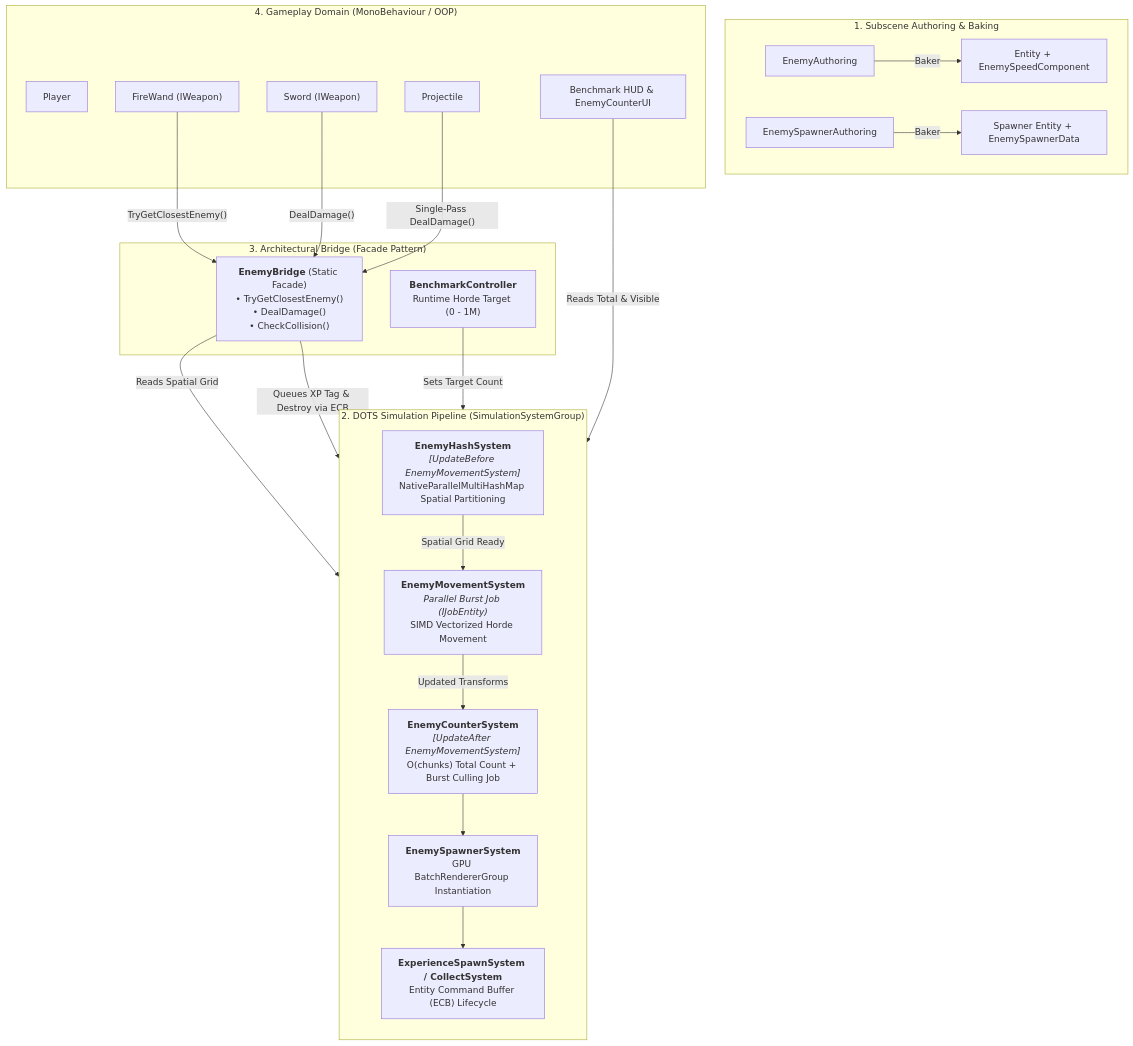
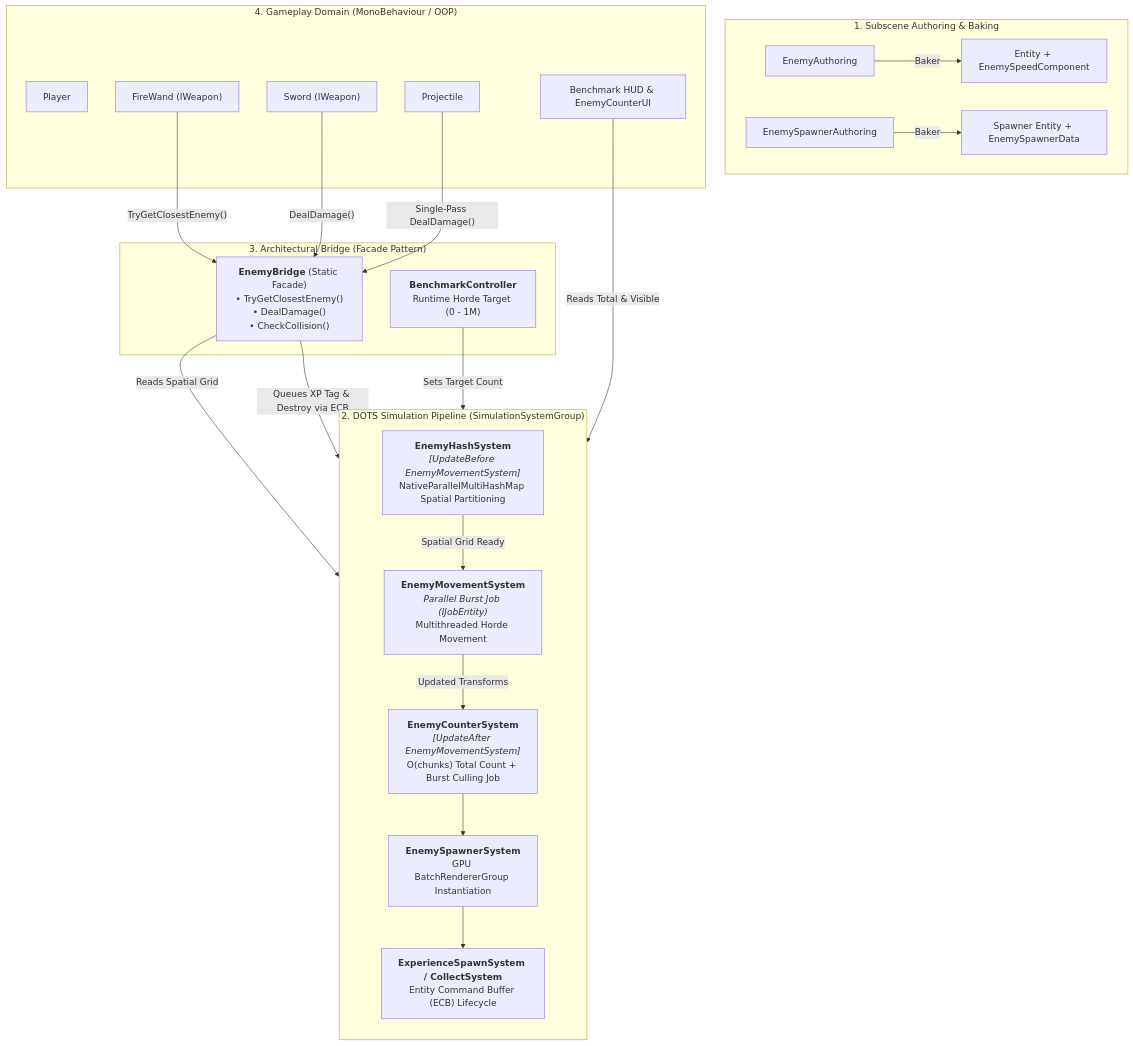
One commit to ms292435/Roguelike_Game changed the second of 2 diagrams in README.md. Above: the diagram before and after it, drawn with Mermaid. The commit also changed other lines of this file and 1 other file, not shown here.

````diff
--- a/README.md
+++ b/README.md
@@ -177,43 +176,43 @@
 ```mermaid
 flowchart TD
     subgraph AuthoringLayer ["1. Subscene Authoring & Baking"]
         EA["EnemyAuthoring"] -->|Baker| EC["Entity + EnemySpeedComponent"]
         ESA["EnemySpawnerAuthoring"] -->|Baker| ED["Spawner Entity + EnemySpawnerData"]
     end
 
     subgraph SimulationPipeline ["2. DOTS Simulation Pipeline (SimulationSystemGroup)"]
         direction TB
         EHS["<b>EnemyHashSystem</b><br/><i>[UpdateBefore EnemyMovementSystem]</i><br/>NativeParallelMultiHashMap Spatial Partitioning"]
-        EMS["<b>EnemyMovementSystem</b><br/><i>Parallel Burst Job (IJobEntity)</i><br/>SIMD Vectorized Horde Movement"]
+        EMS["<b>EnemyMovementSystem</b><br/><i>Parallel Burst Job (IJobEntity)</i><br/>Multithreaded Horde Movement"]
         ECS["<b>EnemyCounterSystem</b><br/><i>[UpdateAfter EnemyMovementSystem]</i><br/>O(chunks) Total Count + Burst Culling Job"]
         ESS["<b>EnemySpawnerSystem</b><br/>GPU BatchRendererGroup Instantiation"]
         EXS["<b>ExperienceSpawnSystem / CollectSystem</b><br/>Entity Command Buffer (ECB) Lifecycle"]
 
         EHS -->|Spatial Grid Ready| EMS
         EMS -->|Updated Transforms| ECS
         ECS --> ESS
         ESS --> EXS
     end
 
     subgraph HybridFacade ["3. Architectural Bridge (Facade Pattern)"]
         EB["<b>EnemyBridge</b> (Static Facade)<br/>• TryGetClosestEnemy()<br/>• DealDamage()<br/>• CheckCollision()"]
         BC["<b>BenchmarkController</b><br/>Runtime Horde Target (0 - 1M)"]
     end
 
     subgraph GameplayLayer ["4. Gameplay Domain (MonoBehaviour / OOP)"]
         PL["Player"]
         FW["FireWand (IWeapon)"]
         SW["Sword (IWeapon)"]
         PR["Projectile"]
         UI["Benchmark HUD & EnemyCounterUI"]
     end
 
     BC -->|"Sets Target Count"| ESS
     UI -->|"Reads Total & Visible"| ECS
     FW -->|"TryGetClosestEnemy()"| EB
     SW -->|"DealDamage()"| EB
     PR -->|"Single-Pass DealDamage()"| EB
 
     EB -->|"Reads Spatial Grid"| EHS
     EB -->|"Queues XP Tag & Destroy via ECB"| SimulationPipeline
 ```
````
